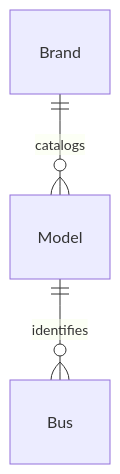
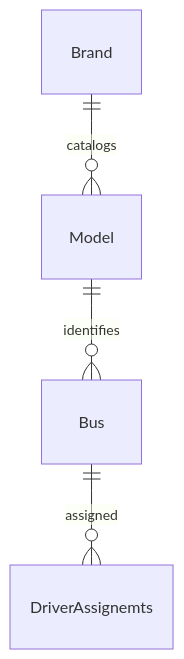
Before and after one commit to code-sena/sg-docs: the diagram in 06-data/domain/bus.md, drawn with Mermaid. The commit also changed other lines of this file and 9 other files, not shown here.

````diff
--- a/06-data/domain/bus.md
+++ b/06-data/domain/bus.md
@@ -182,6 +182,7 @@
 ```mermaid
 erDiagram
 		Brand ||--o{ Model : catalogs
 		Model ||--o{ Bus : identifies
 		Bus
+        Bus ||--o{ DriverAssignemts : assigned
 ```
````
